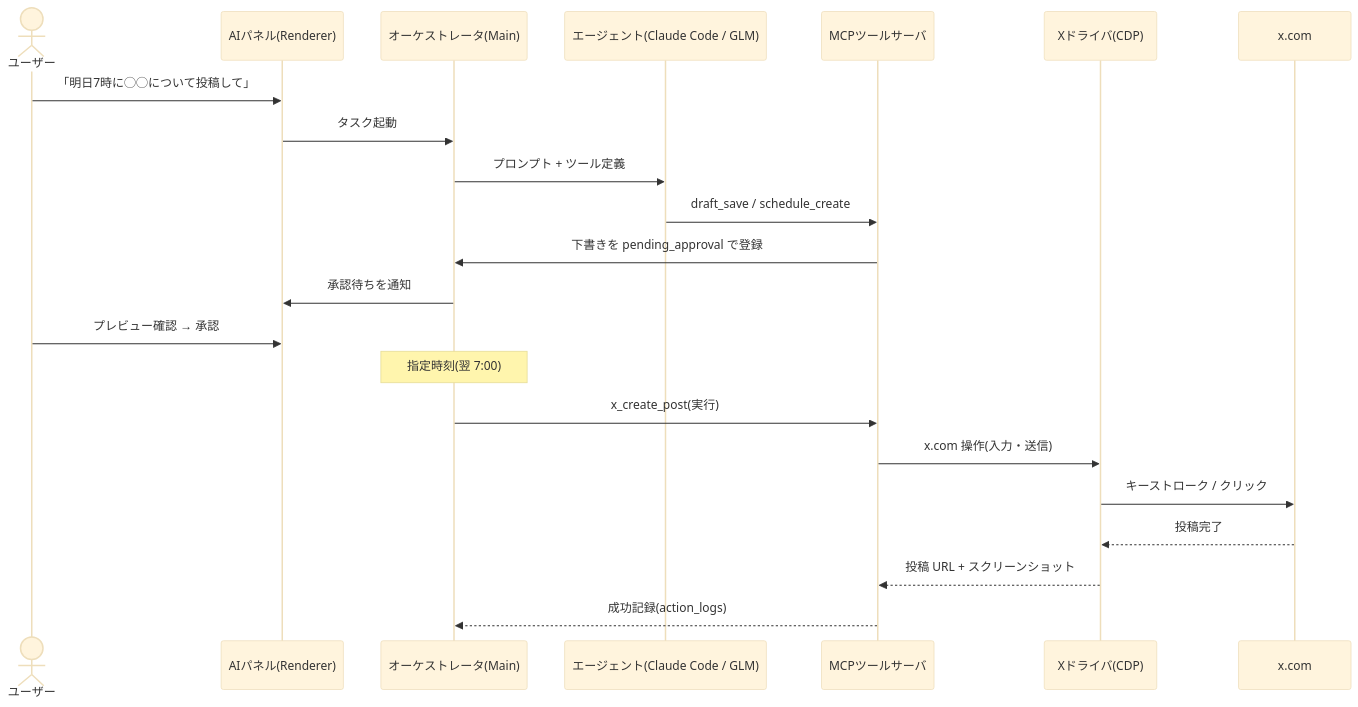
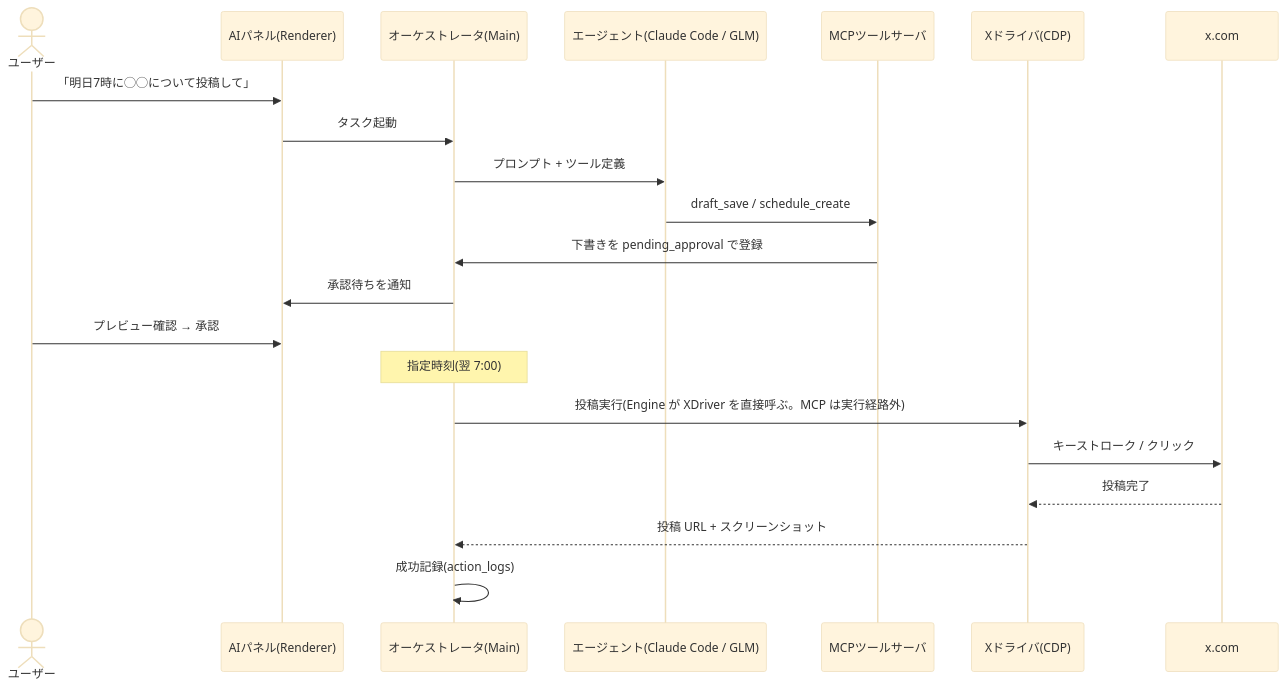
Before and after one commit to takezou621/mixbrowser: the diagram in docs/spec.md, drawn with Mermaid (base theme). The commit also changed other lines of this file and 11 other files, not shown here.

````diff
--- a/docs/spec.md
+++ b/docs/spec.md
@@ -56,25 +56,24 @@
 ```mermaid
 sequenceDiagram
   actor U as ユーザー
   participant P as AIパネル(Renderer)
   participant O as オーケストレータ(Main)
   participant A as エージェント(Claude Code / GLM)
   participant M as MCPツールサーバ
   participant D as Xドライバ(CDP)
   participant X as x.com
 
   U->>P: 「明日7時に◯◯について投稿して」
   P->>O: タスク起動
   O->>A: プロンプト + ツール定義
   A->>M: draft_save / schedule_create
   M->>O: 下書きを pending_approval で登録
   O->>P: 承認待ちを通知
   U->>P: プレビュー確認 → 承認
   Note over O: 指定時刻(翌 7:00)
-  O->>M: x_create_post(実行)
-  M->>D: x.com 操作(入力・送信)
+  O->>D: 投稿実行(Engine が XDriver を直接呼ぶ。MCP は実行経路外)
   D->>X: キーストローク / クリック
   X-->>D: 投稿完了
-  D-->>M: 投稿 URL + スクリーンショット
-  M-->>O: 成功記録(action_logs)
+  D-->>O: 投稿 URL + スクリーンショット
+  O->>O: 成功記録(action_logs)
 ```
````
